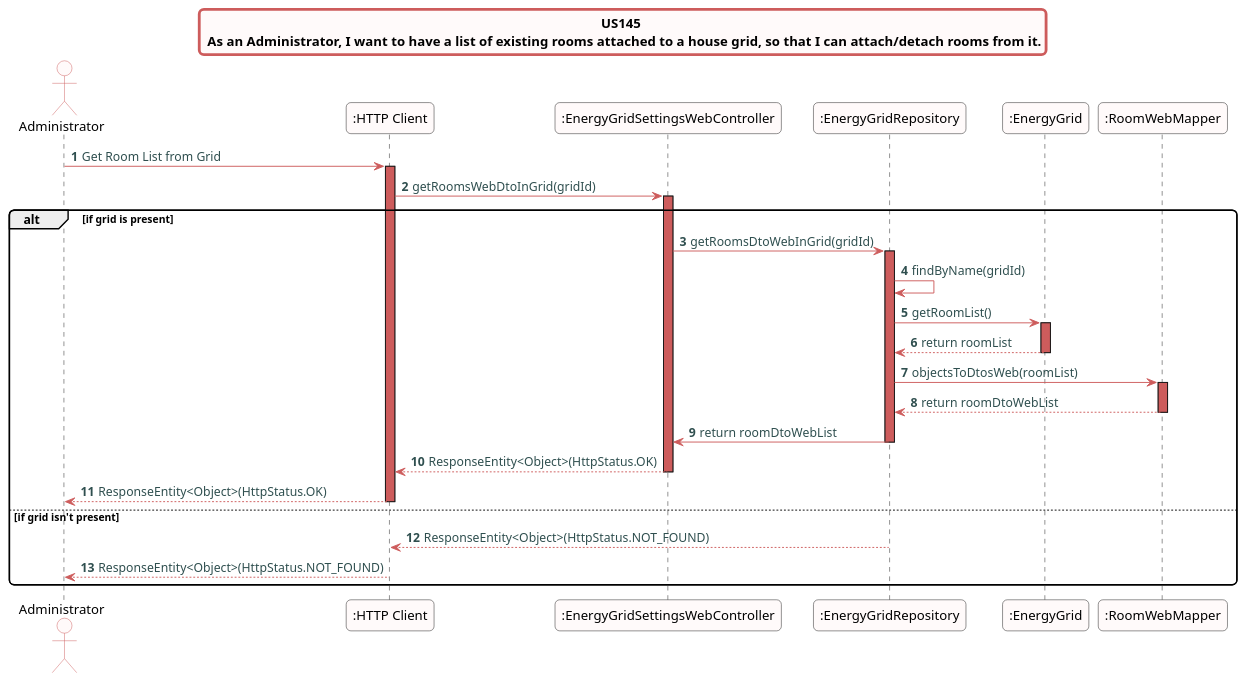
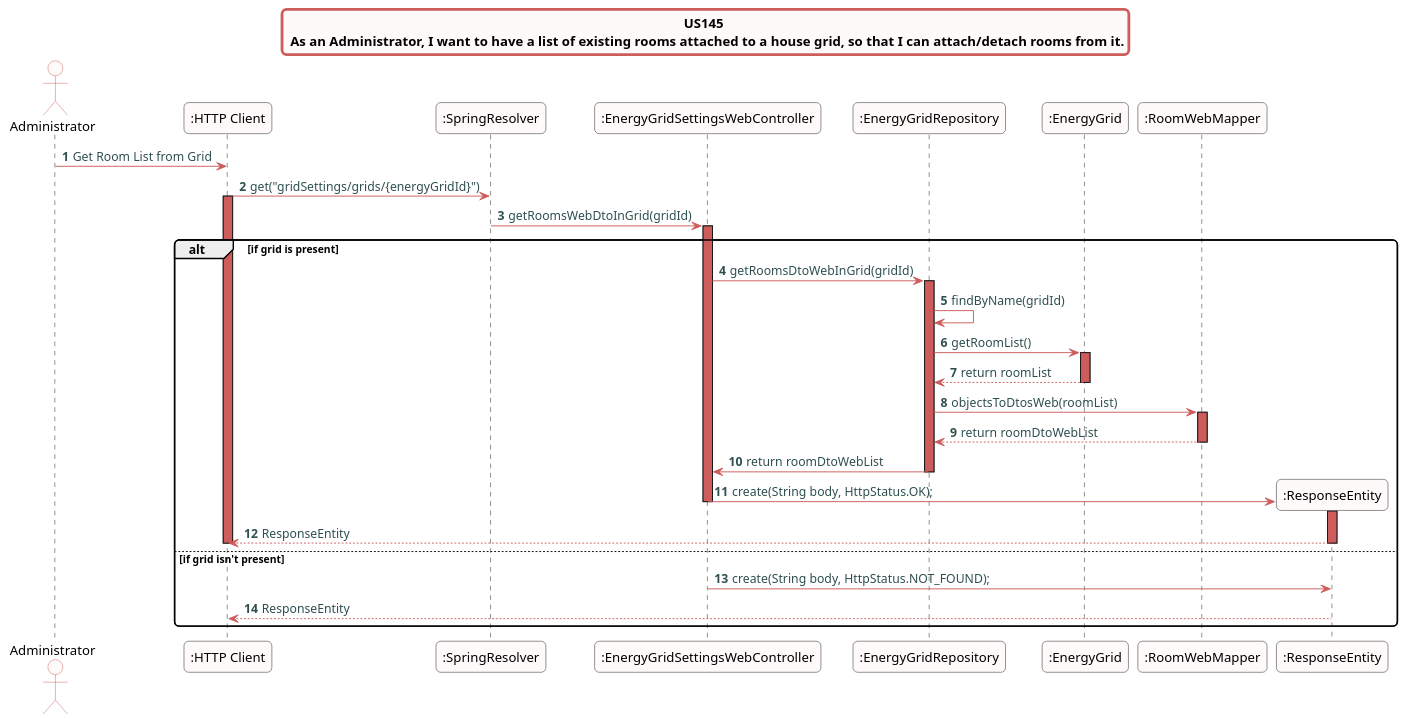
The diagram in src/doc/WEB_Controllers/EnergyGridSettings/US145/US145_sd_EnergyGridSettingsWebController.puml (Almadanmp/project), drawn with PlantUML before and after one commit. The commit also changed 1 other file, not shown here.

Commit message:
REF #344 REF #345 - Energy Grid Setting Web Controller - US 145, US 147 UML

```diff
--- a/src/doc/WEB_Controllers/EnergyGridSettings/US145/US145_sd_EnergyGridSettingsWebController.puml
+++ b/src/doc/WEB_Controllers/EnergyGridSettings/US145/US145_sd_EnergyGridSettingsWebController.puml
@@ -1,56 +1,60 @@
 @startuml
 skinparam titleBorderRoundCorner 10
 skinparam titleBorderThickness 3
 skinparam titleBorderColor indianred
 skinparam titleBackgroundColor snow
 skinparam FontName quicksand
 
 skinparam actor {
   BorderColor indianred
   backgroundColor Snow
   }
 
 skinparam sequence {
   LifeLineBackgroundColor indianred
   ParticipantBackgroundColor snow
 }
 
 skinparam roundcorner 10
 
 skinparam component {
   arrowThickness 1
   ArrowFontName Verdana
   ArrowColor indianred
   ArrowFontColor darkslategrey
 }
 
 title US145 \n As an Administrator, I want to have a list of existing rooms attached to a house grid, so that I can attach/detach rooms from it.
 autonumber
 actor "Administrator"
 "Administrator" -> ":HTTP Client":  Get Room List from Grid
+":HTTP Client" -> ":SpringResolver": get("gridSettings/grids/{energyGridId}")
 activate ":HTTP Client"
-":HTTP Client" -> ":EnergyGridSettingsWebController":  getRoomsWebDtoInGrid(gridId)
+":SpringResolver" -> ":EnergyGridSettingsWebController": getRoomsWebDtoInGrid(gridId)
 activate ":EnergyGridSettingsWebController"
 alt if grid is present
 ":EnergyGridSettingsWebController" -> ":EnergyGridRepository": getRoomsDtoWebInGrid(gridId)
 activate ":EnergyGridRepository"
 ":EnergyGridRepository" -> ":EnergyGridRepository": findByName(gridId)
 ":EnergyGridRepository" -> ":EnergyGrid": getRoomList()
 activate ":EnergyGrid"
 ":EnergyGrid" --> ":EnergyGridRepository" : return roomList
 deactivate ":EnergyGrid"
 ":EnergyGridRepository" -> ":RoomWebMapper": objectsToDtosWeb(roomList)
 activate ":RoomWebMapper"
 ":RoomWebMapper" --> ":EnergyGridRepository" : return roomDtoWebList
 deactivate ":RoomWebMapper"
 ":EnergyGridRepository" -> ":EnergyGridSettingsWebController" : return roomDtoWebList
 deactivate ":EnergyGridRepository"
-":EnergyGridSettingsWebController" --> ":HTTP Client": ResponseEntity<Object>(HttpStatus.OK)
+create ":ResponseEntity"
+":EnergyGridSettingsWebController" -> ":ResponseEntity": create(String body, HttpStatus.OK);
+activate ":ResponseEntity"
 deactivate ":EnergyGridSettingsWebController"
-":HTTP Client" --> "Administrator": ResponseEntity<Object>(HttpStatus.OK)
+":ResponseEntity" --> ":HTTP Client": ResponseEntity
+deactivate ":ResponseEntity"
 deactivate ":HTTP Client"
 else if grid isn't present
-":EnergyGridRepository"-->":HTTP Client" : ResponseEntity<Object>(HttpStatus.NOT_FOUND)
-":HTTP Client" --> "Administrator" : ResponseEntity<Object>(HttpStatus.NOT_FOUND)
+":EnergyGridSettingsWebController" -> ":ResponseEntity": create(String body, HttpStatus.NOT_FOUND);
+":ResponseEntity" --> ":HTTP Client": ResponseEntity
 end
 @enduml
```
